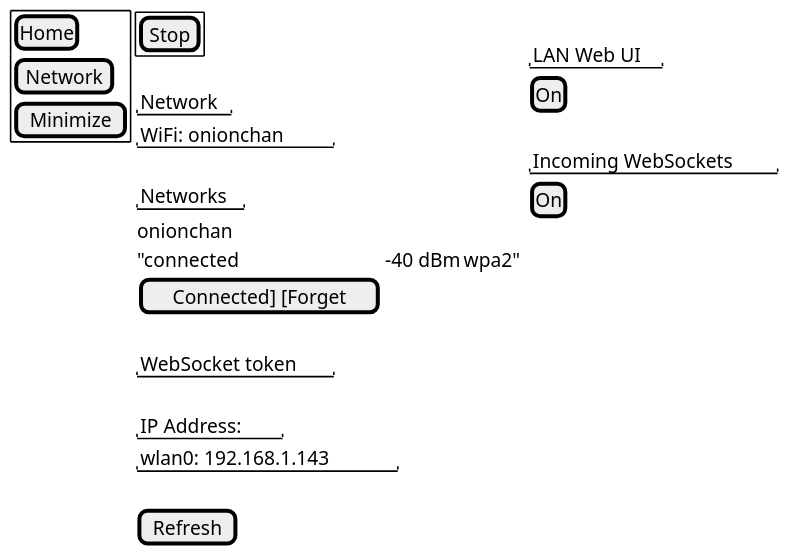
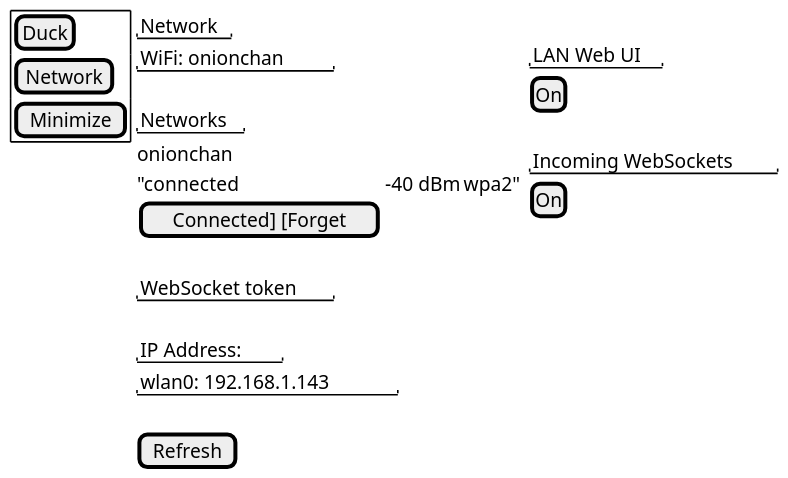
One commit to aortez/dirtsim changed the first of 2 diagrams in apps/src/ui/docs/src/screens/network.md. Above: the diagram before and after it, drawn with PlantUML. The commit also changed other lines of this file and 38 other files, not shown here.

````diff
--- a/apps/src/ui/docs/src/screens/network.md
+++ b/apps/src/ui/docs/src/screens/network.md
@@ -3,40 +3,36 @@
 ```plantuml
 @startsalt
 scale 1.6
 {
   {+
-    [Home]
+    [Duck]
     [Network]
     [Minimize]
   } | {
-    {+
-      [Stop]
-    }
-    .
     "Network"
     "WiFi: onionchan"
     .
     "Networks"
     {
       onionchan
       "connected | -40 dBm | wpa2"
       [Connected] [Forget]
     }
     .
     "WebSocket token"
     .
     "IP Address:"
     "wlan0: 192.168.1.143"
     .
     [Refresh]
   } | {
     .
     "LAN Web UI"
     [On]
     .
     "Incoming WebSockets"
     [On]
   }
 }
 @endsalt
 ```
````
